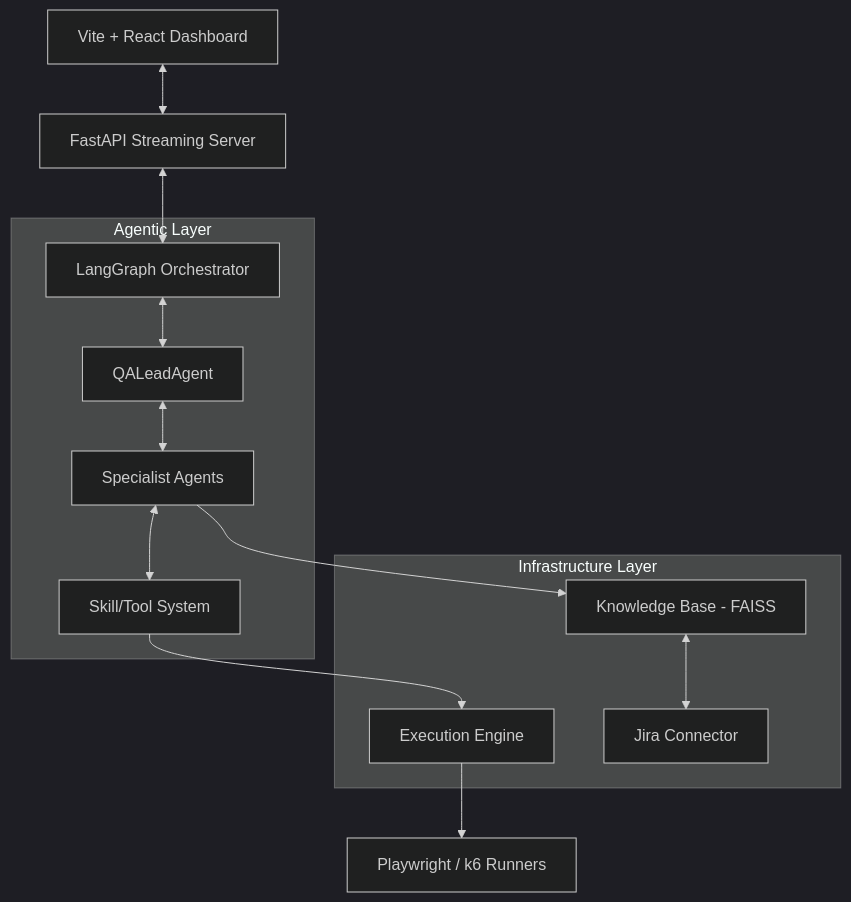
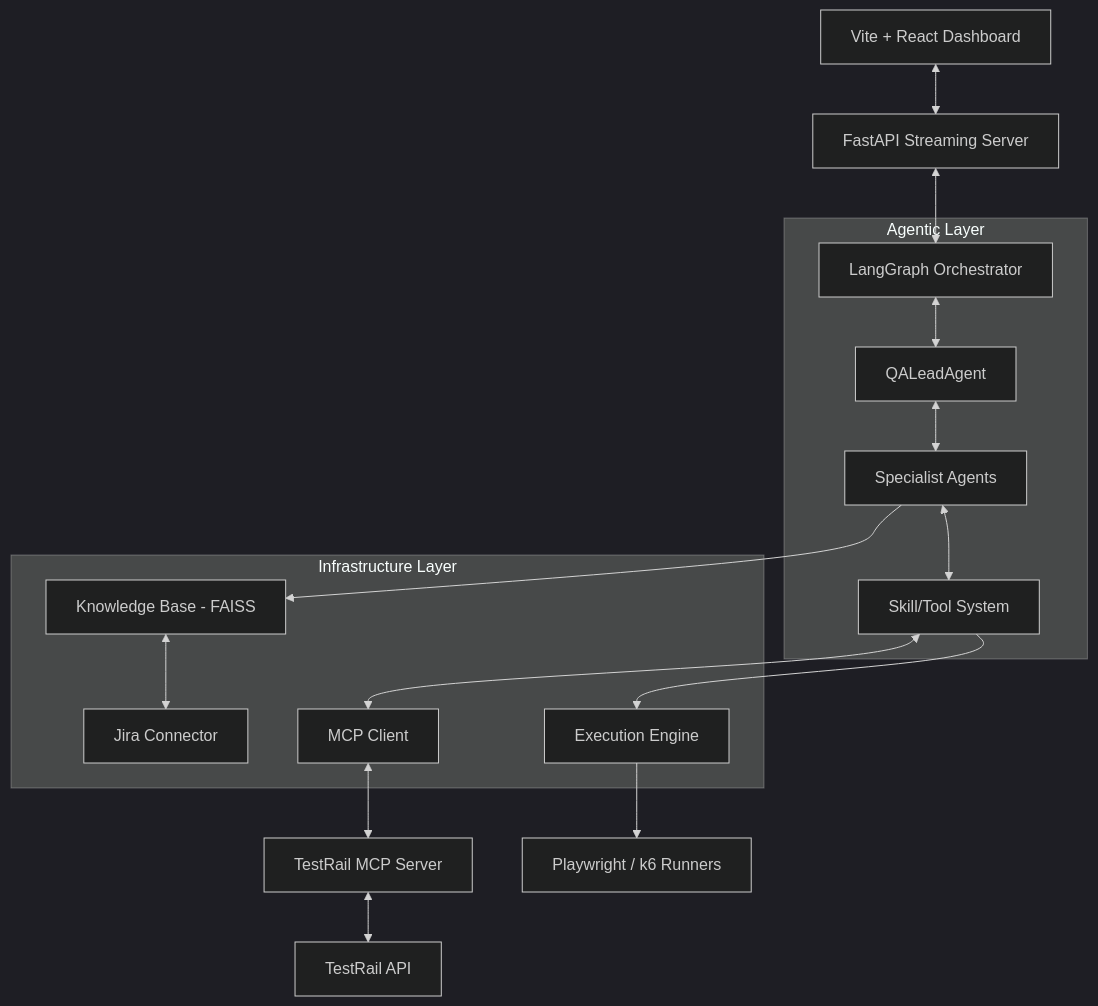
One commit to Annankra/qaorganization changed the first of 2 diagrams in ARCHITECTURE.md. Above: the diagram before and after it, drawn with Mermaid (dark theme). The commit also changed other lines of this file and 1 other file, not shown here.

Commit message:
docs: update readme and architecture with TestRail MCP integration details

````diff
--- a/ARCHITECTURE.md
+++ b/ARCHITECTURE.md
@@ -14,19 +14,22 @@
 ```mermaid
 graph TD
     UI[Vite + React Dashboard] <--> API[FastAPI Streaming Server]
     API <--> ORCH[LangGraph Orchestrator]
     
     subgraph "Agentic Layer"
         ORCH <--> LEAD[QALeadAgent]
         LEAD <--> SPEC[Specialist Agents]
         SPEC <--> SKILLS[Skill/Tool System]
     end
     
     subgraph "Infrastructure Layer"
         SKILLS --> EXEC[Execution Engine]
         SPEC --> KB[Knowledge Base - FAISS]
         KB <--> JIRA[Jira Connector]
+        SKILLS <--> MCP[MCP Client]
     end
     
+    MCP <--> MCPS[TestRail MCP Server]
+    MCPS <--> TR[TestRail API]
     EXEC --> PLAY[Playwright / k6 Runners]
 ```
````
